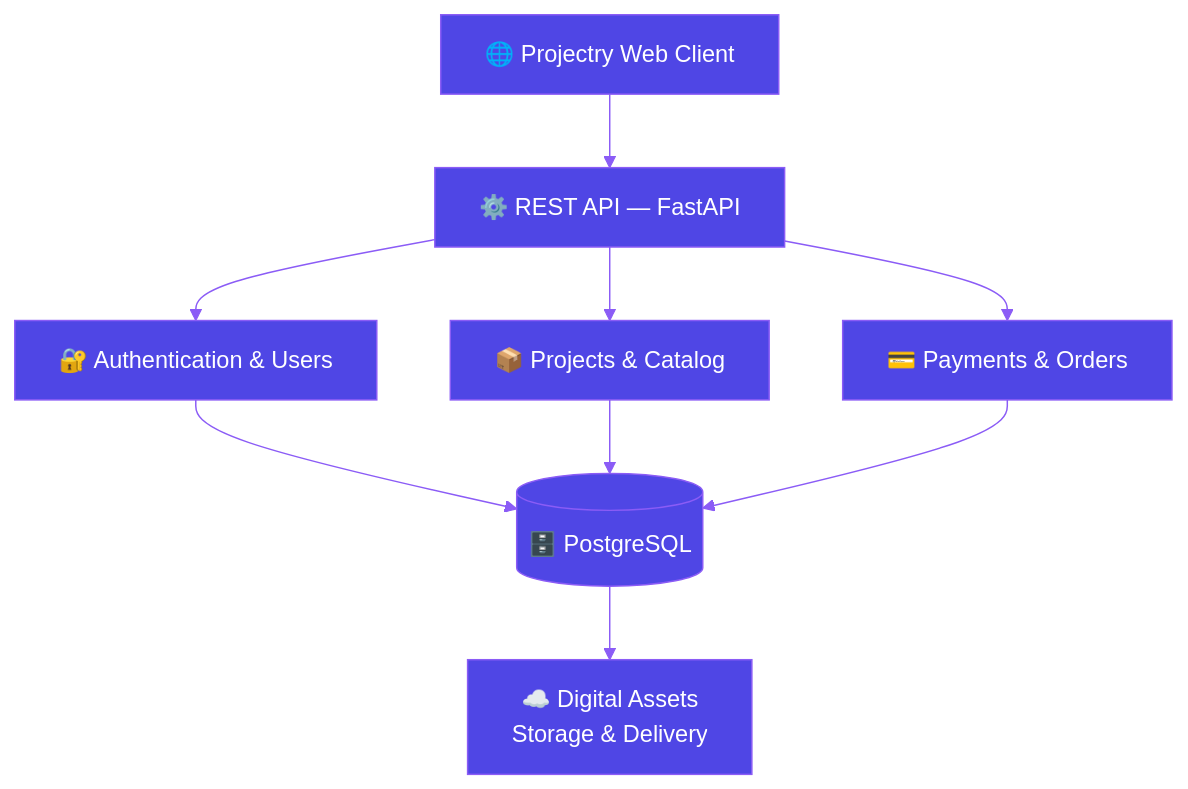
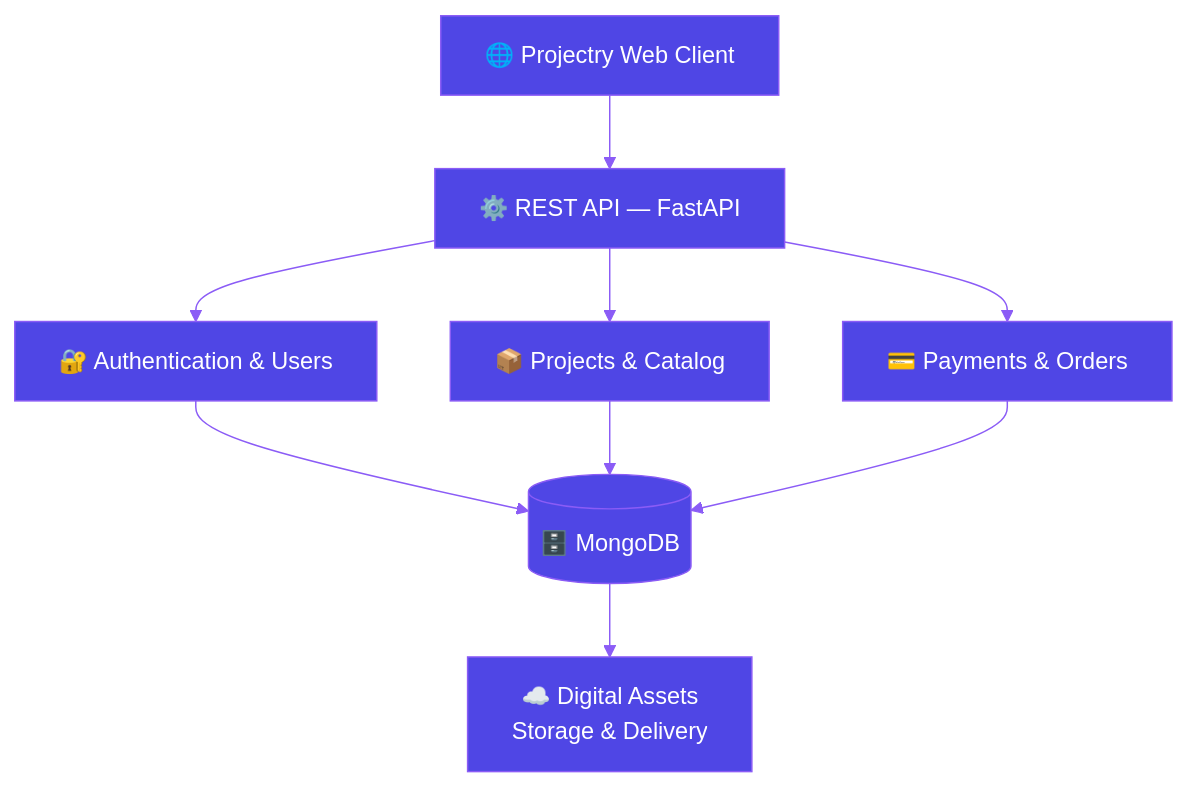
Before and after one commit to Projectry-Org/.github: the second of 4 diagrams in profile/README.md, drawn with Mermaid. The commit also changed other lines of this file, not shown here.

Commit message:
fix: fixed mongodb logo

````diff
--- a/profile/README.md
+++ b/profile/README.md
@@ -107,12 +107,12 @@
 ```mermaid
 %%{init: {"theme": "base", "themeVariables": {"primaryColor": "#4F46E5", "primaryTextColor": "#ffffff", "primaryBorderColor": "#8B5CF6", "lineColor": "#8B5CF6", "tertiaryColor": "#1F2937"}}}%%
 flowchart TD
     Client["🌐 Projectry Web Client"] --> API["⚙️ REST API — FastAPI"]
     API --> Auth["🔐 Authentication & Users"]
     API --> Catalog["📦 Projects & Catalog"]
     API --> Payments["💳 Payments & Orders"]
-    Auth --> DB[("🗄️ PostgreSQL")]
+    Auth --> DB[("🗄️ MongoDB")]
     Catalog --> DB
     Payments --> DB
     DB --> Assets["☁️ Digital Assets<br/>Storage & Delivery"]
 ```
````
